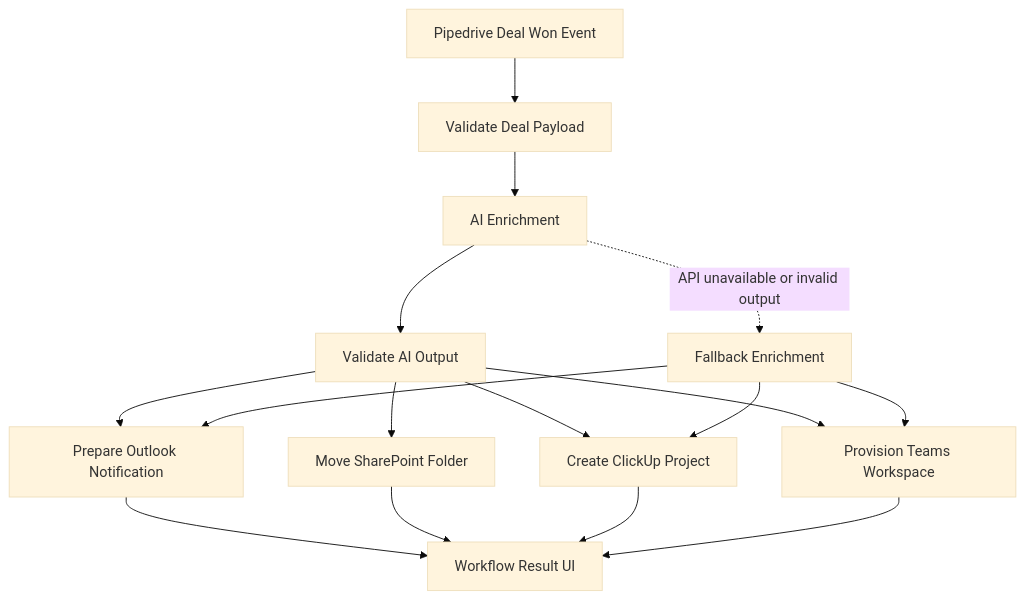
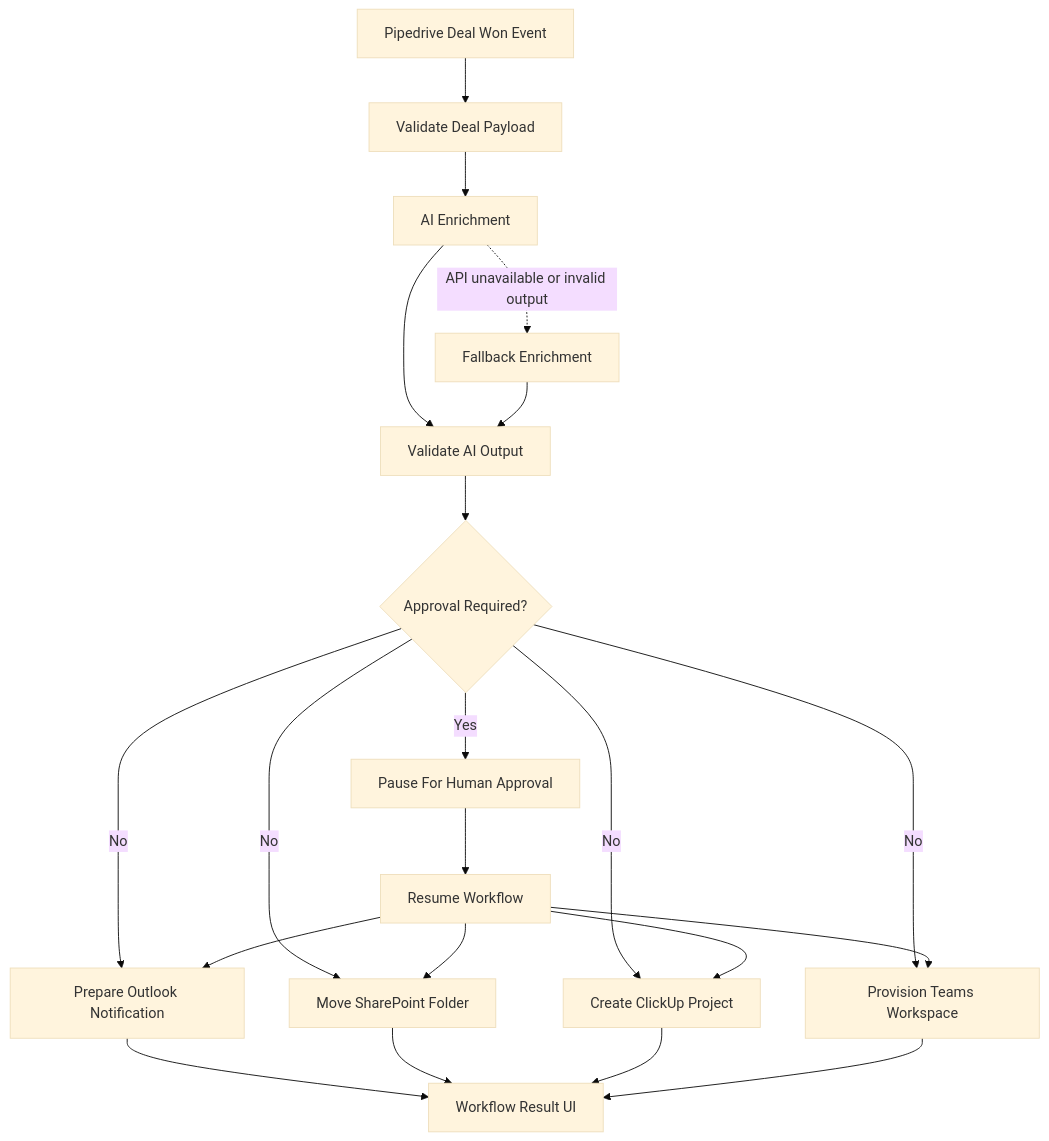
Before and after one commit to AdrianaAC/frontend-assessment-internal-automation: the diagram in docs/workflow-diagram.md, drawn with Mermaid (base theme). The commit also changed other lines of this file and 19 other files, not shown here.

````diff
--- a/docs/workflow-diagram.md
+++ b/docs/workflow-diagram.md
@@ -3,19 +3,23 @@
 ```mermaid
 flowchart TD
     A[Pipedrive Deal Won Event] --> B[Validate Deal Payload]
     B --> C[AI Enrichment]
     C --> D[Validate AI Output]
-    D --> E[Prepare Outlook Notification]
-    D --> F[Move SharePoint Folder]
-    D --> G[Create ClickUp Project]
-    D --> H[Provision Teams Workspace]
+    C -. API unavailable or invalid output .-> J[Fallback Enrichment]
+    J --> D
+    D --> K{Approval Required?}
+    K -- Yes --> L[Pause For Human Approval]
+    L --> M[Resume Workflow]
+    K -- No --> E[Prepare Outlook Notification]
+    M --> E
+    K -- No --> F[Move SharePoint Folder]
+    M --> F
+    K -- No --> G[Create ClickUp Project]
+    M --> G
+    K -- No --> H[Provision Teams Workspace]
+    M --> H
     E --> I[Workflow Result UI]
     F --> I
     G --> I
-    H --> I
-
-    C -. API unavailable or invalid output .-> J[Fallback Enrichment]
-    J --> E
-    J --> G
-    J --> H
+    H --> I[Workflow Result UI]
 ```
````
